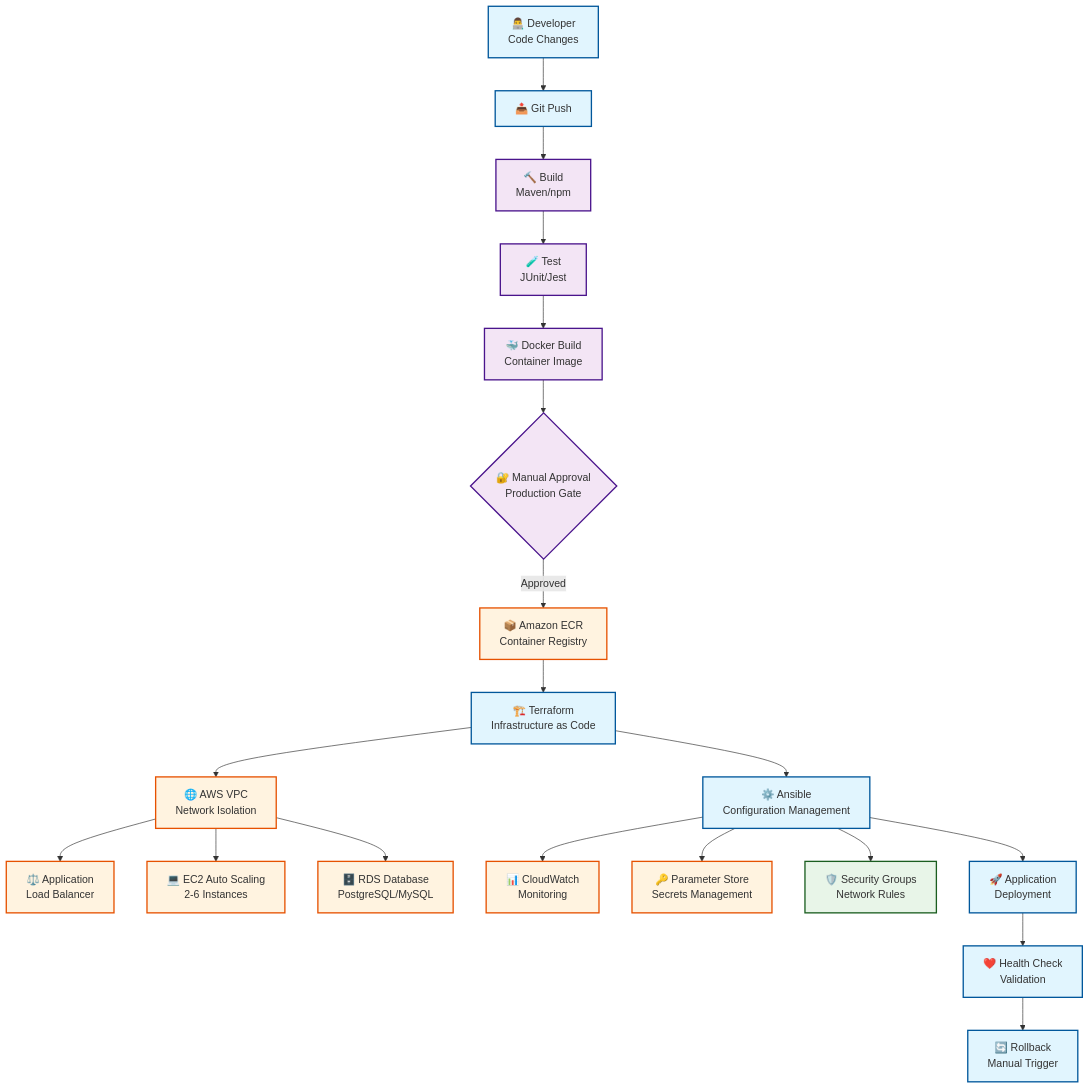
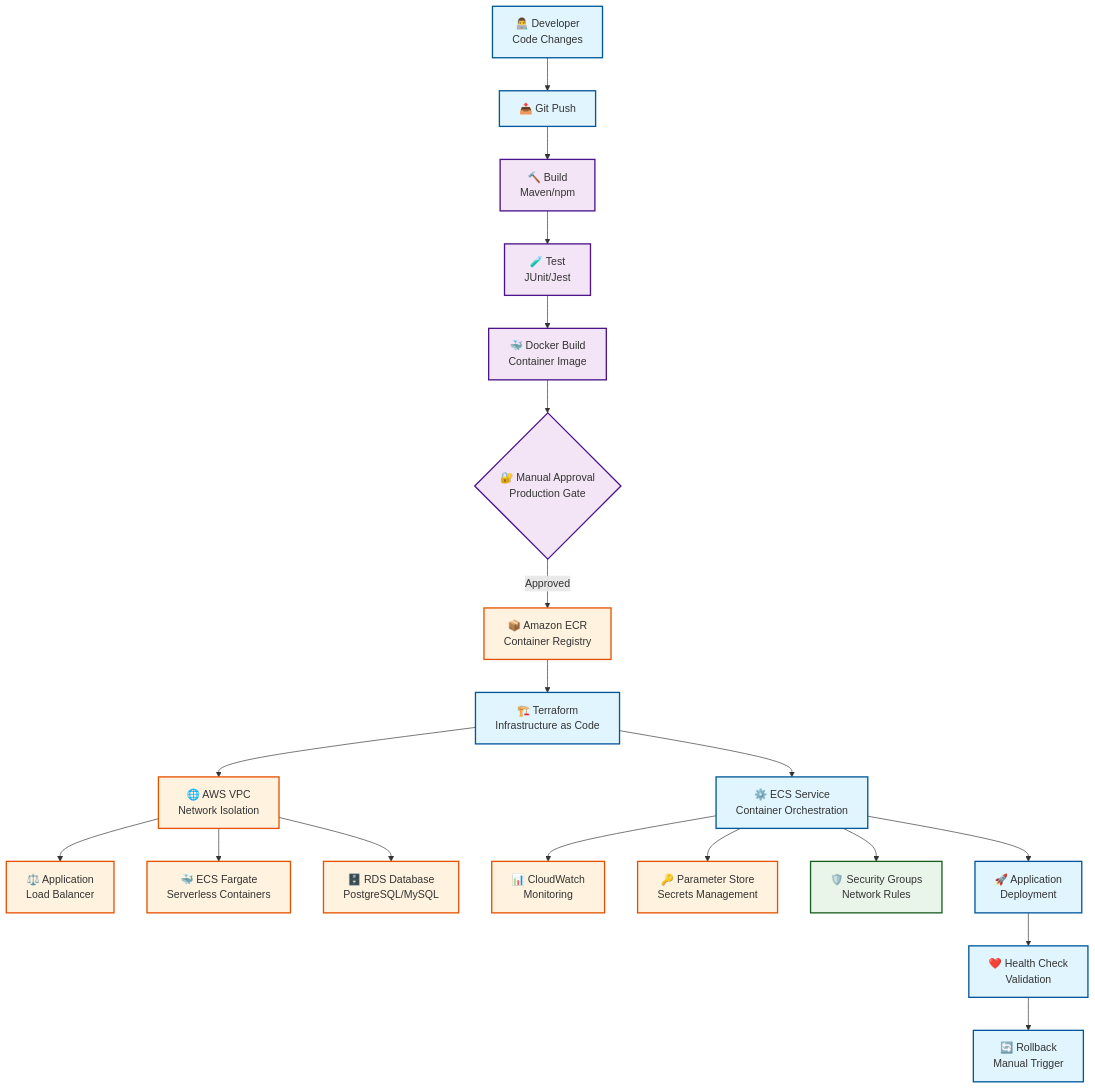
Before and after one commit to Binawei/DevopsPipeline: the first of 3 diagrams in README.md, drawn with Mermaid. The commit also changed other lines of this file and 15 other files, not shown here.

````diff
--- a/README.md
+++ b/README.md
@@ -41,44 +38,44 @@
 ```mermaid
 flowchart TD
     %% Developer Section
     DEV[👨‍💻 Developer<br/>Code Changes] --> GIT[📤 Git Push]
     
     %% CI/CD Pipeline
     GIT --> BUILD[🔨 Build<br/>Maven/npm]
     BUILD --> TEST[🧪 Test<br/>JUnit/Jest]
     TEST --> DOCKER[🐳 Docker Build<br/>Container Image]
     DOCKER --> APPROVAL{🔐 Manual Approval<br/>Production Gate}
     
     %% Infrastructure Layer
     APPROVAL -->|Approved| ECR[📦 Amazon ECR<br/>Container Registry]
     ECR --> TERRAFORM[🏗️ Terraform<br/>Infrastructure as Code]
     
     %% AWS Infrastructure
     TERRAFORM --> VPC[🌐 AWS VPC<br/>Network Isolation]
     VPC --> ALB[⚖️ Application<br/>Load Balancer]
-    VPC --> EC2[💻 EC2 Auto Scaling<br/>2-6 Instances]
+    VPC --> ECS[🐳 ECS Fargate<br/>Serverless Containers]
     VPC --> RDS[🗄️ RDS Database<br/>PostgreSQL/MySQL]
     
-    %% Configuration Management
-    TERRAFORM --> ANSIBLE[⚙️ Ansible<br/>Configuration Management]
-    ANSIBLE --> CLOUDWATCH[📊 CloudWatch<br/>Monitoring]
-    ANSIBLE --> PARAMS[🔑 Parameter Store<br/>Secrets Management]
-    ANSIBLE --> SECURITY[🛡️ Security Groups<br/>Network Rules]
+    %% ECS Deployment
+    TERRAFORM --> ECS_SERVICE[⚙️ ECS Service<br/>Container Orchestration]
+    ECS_SERVICE --> CLOUDWATCH[📊 CloudWatch<br/>Monitoring]
+    ECS_SERVICE --> PARAMS[🔑 Parameter Store<br/>Secrets Management]
+    ECS_SERVICE --> SECURITY[🛡️ Security Groups<br/>Network Rules]
     
     %% Deployment Flow
-    ANSIBLE --> DEPLOY[🚀 Application<br/>Deployment]
+    ECS_SERVICE --> DEPLOY[🚀 Application<br/>Deployment]
     DEPLOY --> HEALTH[❤️ Health Check<br/>Validation]
     HEALTH --> ROLLBACK[🔄 Rollback<br/>Manual Trigger]
     
     %% Styling
     classDef devOps fill:#e1f5fe,stroke:#01579b,stroke-width:2px
     classDef aws fill:#fff3e0,stroke:#e65100,stroke-width:2px
     classDef cicd fill:#f3e5f5,stroke:#4a148c,stroke-width:2px
     classDef security fill:#e8f5e8,stroke:#1b5e20,stroke-width:2px
     
     class DEV,GIT devOps
     class BUILD,TEST,DOCKER,APPROVAL cicd
-    class ECR,VPC,ALB,EC2,RDS,CLOUDWATCH,PARAMS aws
-    class TERRAFORM,ANSIBLE,DEPLOY,HEALTH,ROLLBACK devOps
+    class ECR,VPC,ALB,ECS,RDS,S3,CLOUDWATCH,PARAMS aws
+    class TERRAFORM,ECS_SERVICE,DEPLOY,HEALTH,ROLLBACK devOps
     class SECURITY security
 ```
````
